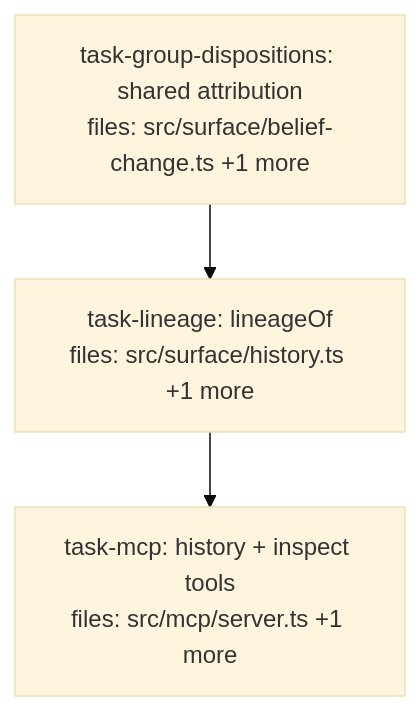
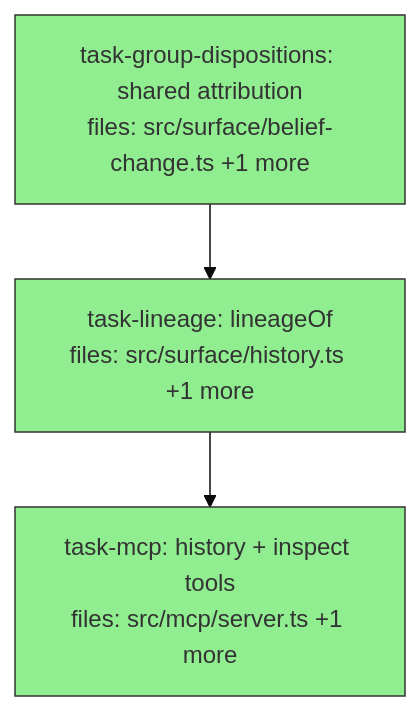
The diagram in docs/superpowers/plans/2026-07-02-belief-change-history-dag.md (BrettNye/Mneme), drawn with Mermaid (base theme) before and after one commit. The commit also changed other lines of this file, not shown here.

Commit message:
docs(plan): mark belief-change-history DAG complete (3/3)

````diff
--- a/docs/superpowers/plans/2026-07-02-belief-change-history-dag.md
+++ b/docs/superpowers/plans/2026-07-02-belief-change-history-dag.md
@@ -10,15 +10,15 @@
 ```mermaid
 flowchart TD
-    task-group-dispositions["task-group-dispositions: shared attribution<br/>files: src/surface/belief-change.ts +1 more"]
-    task-lineage["task-lineage: lineageOf<br/>files: src/surface/history.ts +1 more"]
-    task-mcp["task-mcp: history + inspect tools<br/>files: src/mcp/server.ts +1 more"]
+    task-group-dispositions["task-group-dispositions: shared attribution<br/>files: src/surface/belief-change.ts +1 more"]:::done
+    task-lineage["task-lineage: lineageOf<br/>files: src/surface/history.ts +1 more"]:::done
+    task-mcp["task-mcp: history + inspect tools<br/>files: src/mcp/server.ts +1 more"]:::done
 
     task-group-dispositions --> task-lineage
     task-lineage --> task-mcp
 
     classDef done fill:#90ee90,stroke:#333
     classDef ready fill:#fffacd,stroke:#333
     classDef running fill:#87ceeb,stroke:#333
     classDef failed fill:#ffb6c1,stroke:#333
     classDef skipped fill:#d3d3d3,stroke:#333,stroke-dasharray: 5 5
 ```
````
